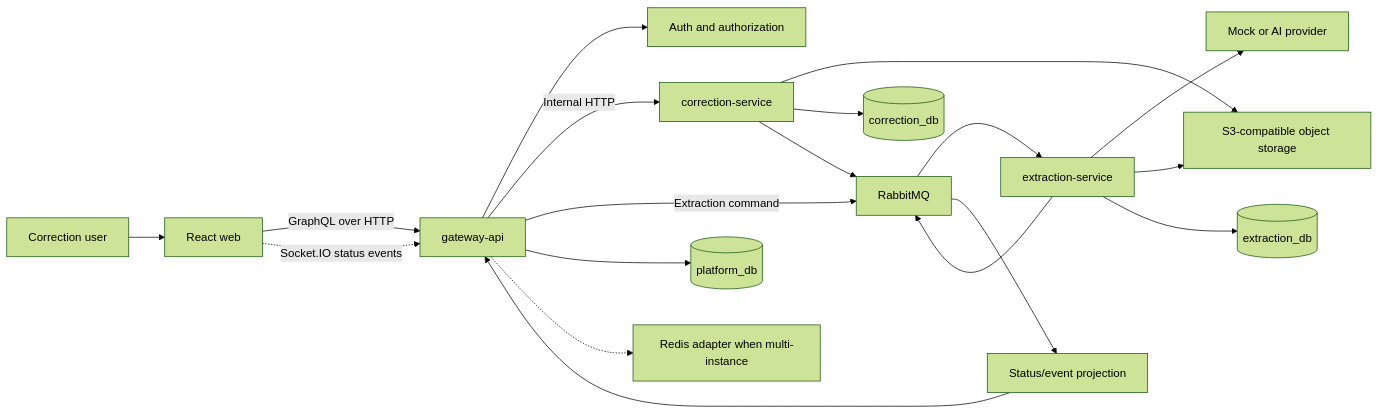
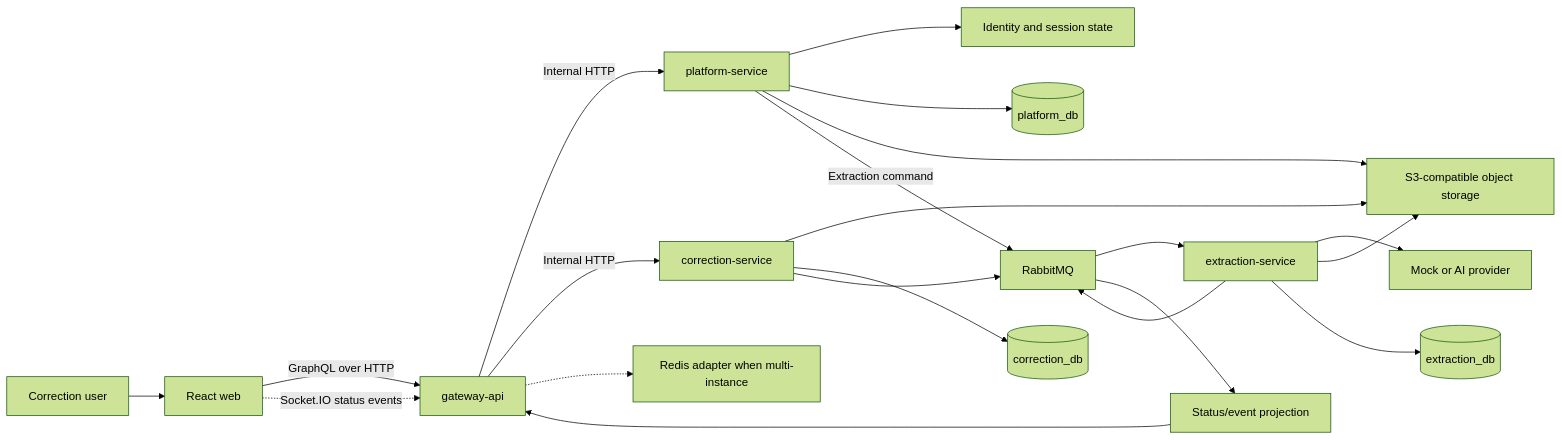
Before and after one commit to MarneusKalgar/aspectloop: the first of 8 diagrams in docs/general-plan.md, drawn with Mermaid (forest theme). The commit also changed other lines of this file and 75 other files, not shown here.

````diff
--- a/docs/general-plan.md
+++ b/docs/general-plan.md
@@ -245,25 +248,27 @@
 ```mermaid
 flowchart LR
   User["Correction user"] --> Web["React web"]
   Web -->|"GraphQL over HTTP"| Gateway["gateway-api"]
   Web -.->|"Socket.IO status events"| Gateway
 
-  Gateway --> Auth["Auth and authorization"]
+  Gateway -->|"Internal HTTP"| Platform["platform-service"]
   Gateway -->|"Internal HTTP"| Correction["correction-service"]
-  Gateway -->|"Extraction command"| MQ["RabbitMQ"]
-  Gateway --> PlatformDB[("platform_db")]
+  Platform --> Auth["Identity and session state"]
+  Platform --> PlatformDB[("platform_db")]
+  Platform --> Store["S3-compatible object storage"]
+  Platform -->|"Extraction command"| MQ["RabbitMQ"]
 
   MQ --> Extraction["extraction-service"]
   Extraction --> Provider["Mock or AI provider"]
   Extraction --> Store["S3-compatible object storage"]
   Extraction --> ExtractionDB[("extraction_db")]
   Extraction --> MQ
 
   Correction --> Store
   Correction --> CorrectionDB[("correction_db")]
   Correction --> MQ
 
   MQ --> Status["Status/event projection"]
   Status --> Gateway
   Gateway -.-> Redis["Redis adapter when multi-instance"]
 ```
````
